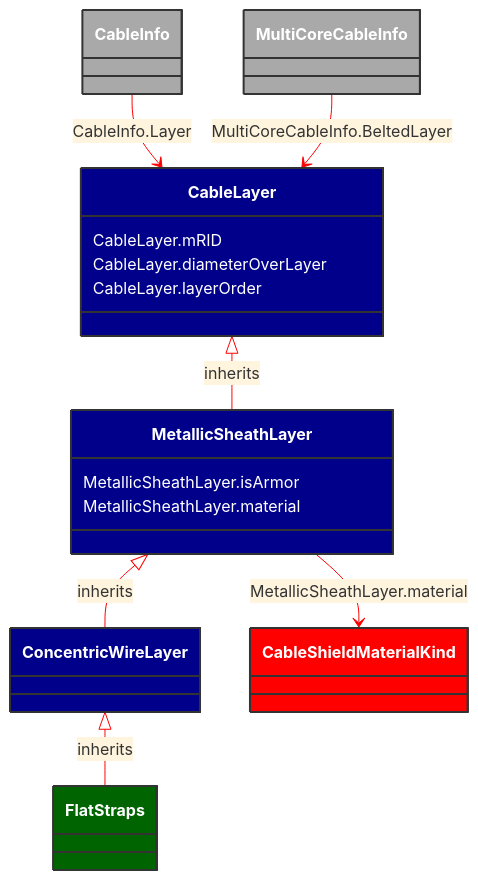
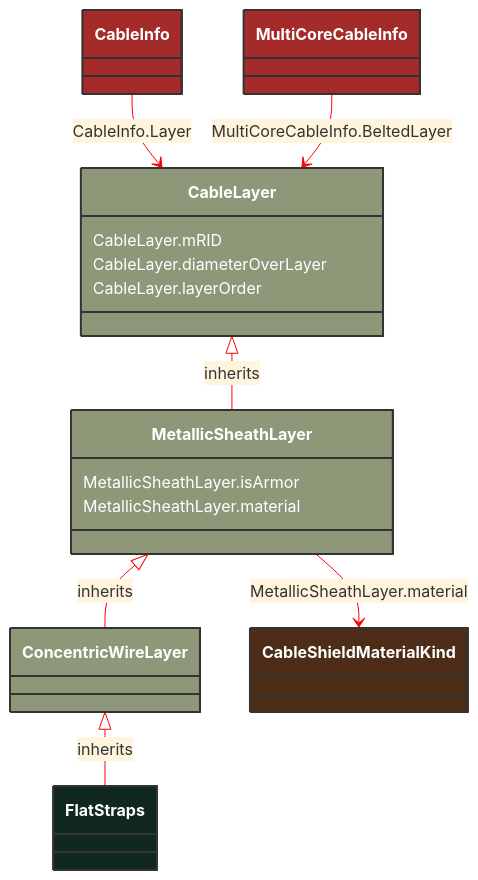
One commit to 3lbits/NoCIMExtensions changed the diagram in docs/Models/Profiles/SubseaCableInfo/ConcreteClasses/FlatStraps.md. Above: the diagram before and after it, drawn with Mermaid. The commit also changed 190 other files, not shown here.

````diff
--- a/docs/Models/Profiles/SubseaCableInfo/ConcreteClasses/FlatStraps.md
+++ b/docs/Models/Profiles/SubseaCableInfo/ConcreteClasses/FlatStraps.md
@@ -8,48 +8,44 @@
 ```mermaid
 %%{init: {'theme':'base','themeVariables': {'lineColor': '#FF0000'}}}%%
 classDiagram
     class FlatStraps
     click FlatStraps href "/Models/Profiles/SubseaCableInfo/ConcreteClasses/FlatStraps/"
-    style FlatStraps fill:#006400,stroke:#333,stroke-width:2px,rx:10,ry:10,color:white
-
+    style FlatStraps fill:#102820,stroke:#333,stroke-width:2px,rx:10,ry:10,color:white
+     
         ConcentricWireLayer <|-- FlatStraps : inherits
             click ConcentricWireLayer href "/Models/Profiles/SubseaCableInfo/ConcreteClasses/ConcentricWireLayer/"
-            style ConcentricWireLayer fill:#00008B,stroke:#333,stroke-width:2px,rx:10,ry:10,color:white
-
-        FlatStraps
-            click FlatStraps href "/Models/Profiles/SubseaCableInfo/ConcreteClasses/FlatStraps/"
-            style ConcentricWireLayer fill:#00008B,stroke:#333,stroke-width:2px,rx:10,ry:10,color:white
-
+            style ConcentricWireLayer fill:#8F9779,stroke:#333,stroke-width:2px,rx:10,ry:10,color:white
+     
         MetallicSheathLayer <|-- ConcentricWireLayer : inherits
             click MetallicSheathLayer href "/Models/Profiles/SubseaCableInfo/ConcreteClasses/MetallicSheathLayer/"
-            style MetallicSheathLayer fill:#00008B,stroke:#333,stroke-width:2px,rx:10,ry:10,color:white
-
+            style MetallicSheathLayer fill:#8F9779,stroke:#333,stroke-width:2px,rx:10,ry:10,color:white
+     
         CableLayer <|-- MetallicSheathLayer : inherits
             click CableLayer href "/Models/Profiles/SubseaCableInfo/AbstractClasses/CableLayer/"
-            style CableLayer fill:#00008B,stroke:#333,stroke-width:2px,rx:10,ry:10,color:white
+            style CableLayer fill:#8F9779,stroke:#333,stroke-width:2px,rx:10,ry:10,color:white
 
 
         CableInfo --> CableLayer : CableInfo.Layer
 
         CableInfo
             click CableInfo href "/Models/Profiles/SubseaCableInfo/ConcreteClasses/CableInfo/"
-            style CableInfo fill:#A9A9A9,stroke:#333,stroke-width:2px,rx:10,ry:10,color:white
+            style CableInfo fill:#A52A2A,stroke:#333,stroke-width:2px,rx:10,ry:10,color:white
 
         MultiCoreCableInfo --> CableLayer : MultiCoreCableInfo.BeltedLayer
 
         MultiCoreCableInfo
             click MultiCoreCableInfo href "/Models/Profiles/SubseaCableInfo/ConcreteClasses/MultiCoreCableInfo/"
-            style MultiCoreCableInfo fill:#A9A9A9,stroke:#333,stroke-width:2px,rx:10,ry:10,color:white
+            style MultiCoreCableInfo fill:#A52A2A,stroke:#333,stroke-width:2px,rx:10,ry:10,color:white
 
         MetallicSheathLayer --> CableShieldMaterialKind : MetallicSheathLayer.material
 
         CableShieldMaterialKind
             click CableShieldMaterialKind href "/Models/Profiles/SubseaCableInfo/Enumerations/CableShieldMaterialKind/"
-            style CableShieldMaterialKind fill:#FF0000,stroke:#333,stroke-width:2px,rx:10,ry:10,color:white
+            style CableShieldMaterialKind fill:#4D2D18,stroke:#333,stroke-width:2px,rx:10,ry:10,color:white
 
         MetallicSheathLayer : MetallicSheathLayer.isArmor
         MetallicSheathLayer : MetallicSheathLayer.material
         CableLayer : CableLayer.mRID
         CableLayer : CableLayer.diameterOverLayer
         CableLayer : CableLayer.layerOrder
 ```
````
